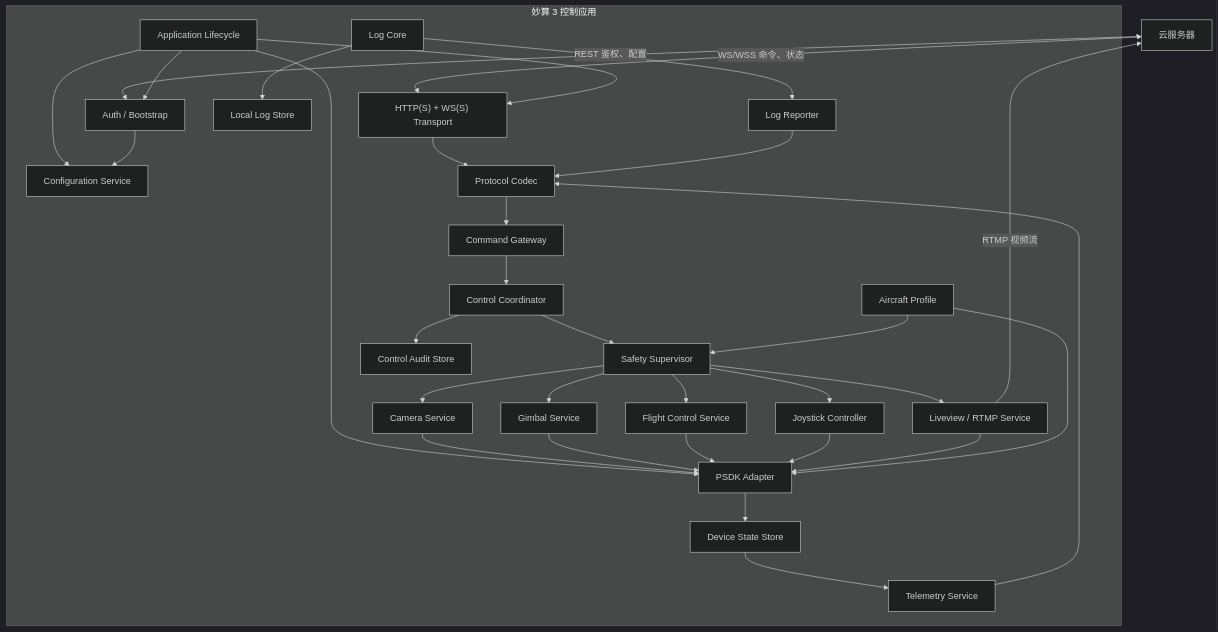
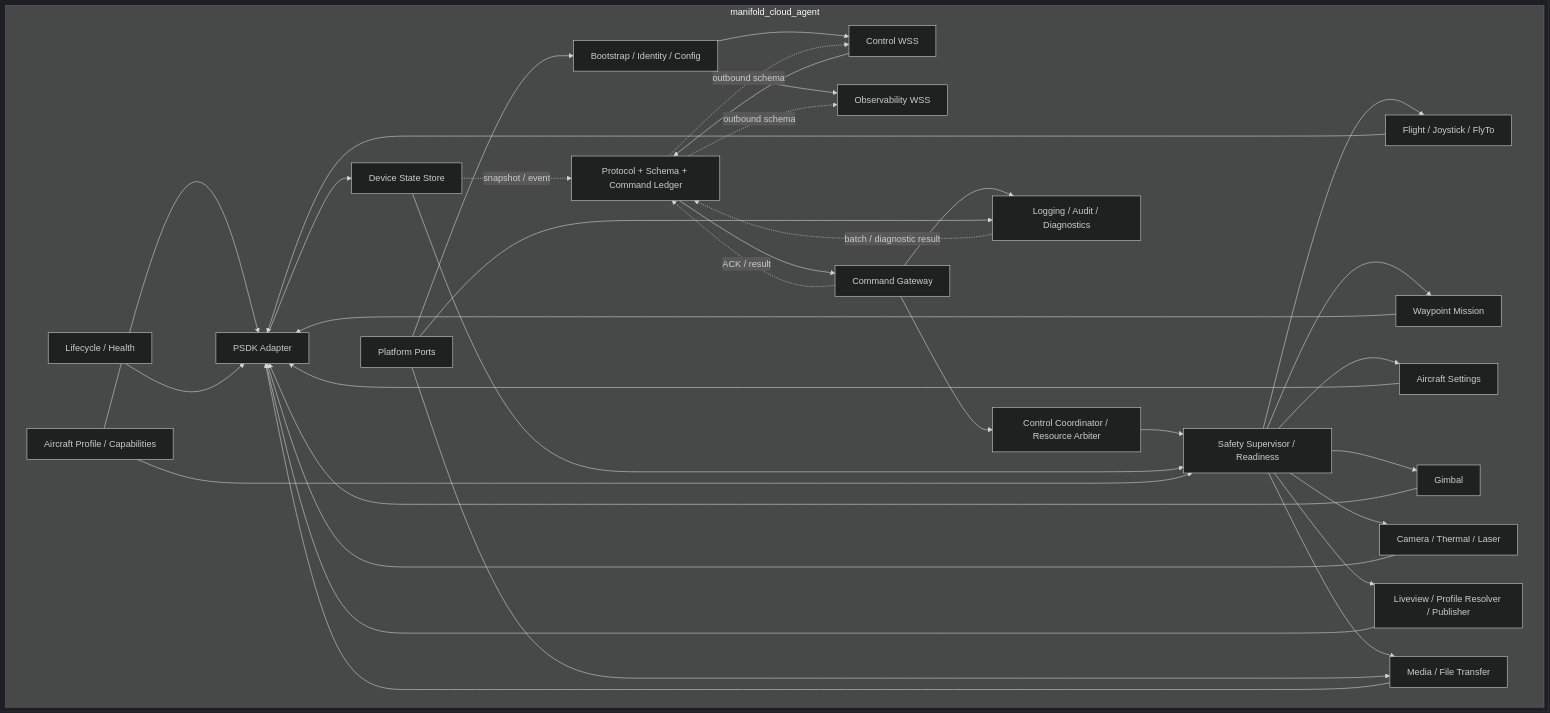
The second of 2 diagrams in applications/manifold_cloud_agent/docs/2026-07-21-初步计划.md (LucifierJzt/Payload-SDK), drawn with Mermaid (dark theme) before and after one commit. The commit also changed other lines of this file, not shown here.

````diff
--- a/applications/manifold_cloud_agent/docs/2026-07-21-初步计划.md
+++ b/applications/manifold_cloud_agent/docs/2026-07-21-初步计划.md
@@ -57,72 +178,59 @@
 ```mermaid
 flowchart TB
-    Cloud["云服务器"]
-
-    subgraph App["妙算 3 控制应用"]
-        Lifecycle["Application Lifecycle"]
-
-        Auth["Auth / Bootstrap"]
-        Config["Configuration Service"]
-        Transport["HTTP(S) + WS(S) Transport"]
-        Protocol["Protocol Codec"]
+    subgraph Agent["manifold_cloud_agent"]
+        Life["Lifecycle / Health"]
+        Bootstrap["Bootstrap / Identity / Config"]
+        ControlWs["Control WSS"]
+        ObserveWs["Observability WSS"]
+        Protocol["Protocol + Schema + Command Ledger"]
         Gateway["Command Gateway"]
-
-        Control["Control Coordinator"]
-        Safety["Safety Supervisor"]
-        Telemetry["Telemetry Service"]
+        Coordinator["Control Coordinator / Resource Arbiter"]
+        Safety["Safety Supervisor / Readiness"]
         State["Device State Store"]
 
-        Camera["Camera Service"]
-        Gimbal["Gimbal Service"]
-        Flight["Flight Control Service"]
-        Joystick["Joystick Controller"]
-        Live["Liveview / RTMP Service"]
+        Flight["Flight / Joystick / FlyTo"]
+        Mission["Waypoint Mission"]
+        Settings["Aircraft Settings"]
+        Gimbal["Gimbal"]
+        Camera["Camera / Thermal / Laser"]
+        Live["Liveview / Profile Resolver / Publisher"]
+        Media["Media / File Transfer"]
+        Logs["Logging / Audit / Diagnostics"]
 
-        Aircraft["Aircraft Profile"]
+        Profile["Aircraft Profile / Capabilities"]
         Psdk["PSDK Adapter"]
-
-        LogCore["Log Core"]
-        LogStore["Local Log Store"]
-        LogReporter["Log Reporter"]
-        Audit["Control Audit Store"]
+        Platform["Platform Ports"]
     end
 
-    Cloud <-->|"REST 鉴权、配置"| Auth
-    Cloud <-->|"WS/WSS 命令、状态"| Transport
-    Live -->|"RTMP 视频流"| Cloud
-
-    Lifecycle --> Config
-    Lifecycle --> Auth
-    Lifecycle --> Transport
-    Lifecycle --> Psdk
-
-    Auth --> Config
-    Transport --> Protocol
-    Protocol --> Gateway
-    Gateway --> Control
-
-    Control --> Safety
+    Bootstrap --> ControlWs
+    Bootstrap --> ObserveWs
+    ControlWs --> Protocol --> Gateway --> Coordinator --> Safety
+    Safety --> Flight
+    Safety --> Mission
+    Safety --> Settings
+    Safety --> Gimbal
     Safety --> Camera
-    Safety --> Gimbal
-    Safety --> Flight
-    Safety --> Joystick
     Safety --> Live
-
+    Safety --> Media
+    Gateway --> Logs
+    Flight --> Psdk
+    Mission --> Psdk
+    Settings --> Psdk
+    Gimbal --> Psdk
     Camera --> Psdk
-    Gimbal --> Psdk
-    Flight --> Psdk
-    Joystick --> Psdk
     Live --> Psdk
-
+    Media --> Psdk
     Psdk --> State
-    State --> Telemetry
-    Telemetry --> Protocol
-
-    Aircraft --> Safety
-    Aircraft --> Psdk
-
-    LogCore --> LogStore
-    LogCore --> LogReporter
-    LogReporter --> Protocol
-    Control --> Audit
+    State --> Safety
+    State -.->|snapshot / event| Protocol
+    Profile --> Safety
+    Profile --> Psdk
+    Logs -.->|batch / diagnostic result| Protocol
+    Gateway -.->|ACK / result| Protocol
+    Protocol -.->|outbound schema| ControlWs
+    Protocol -.->|outbound schema| ObserveWs
+    Platform --> Bootstrap
+    Platform --> Media
+    Platform --> Logs
+    Life --> Psdk
 ```
````
